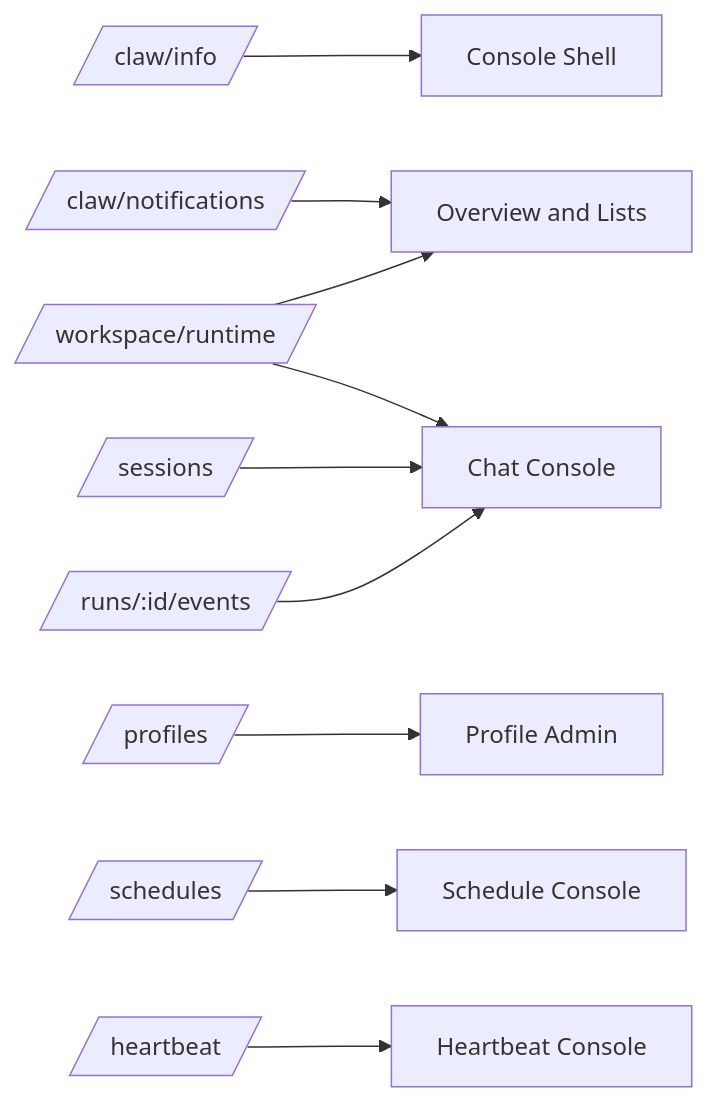
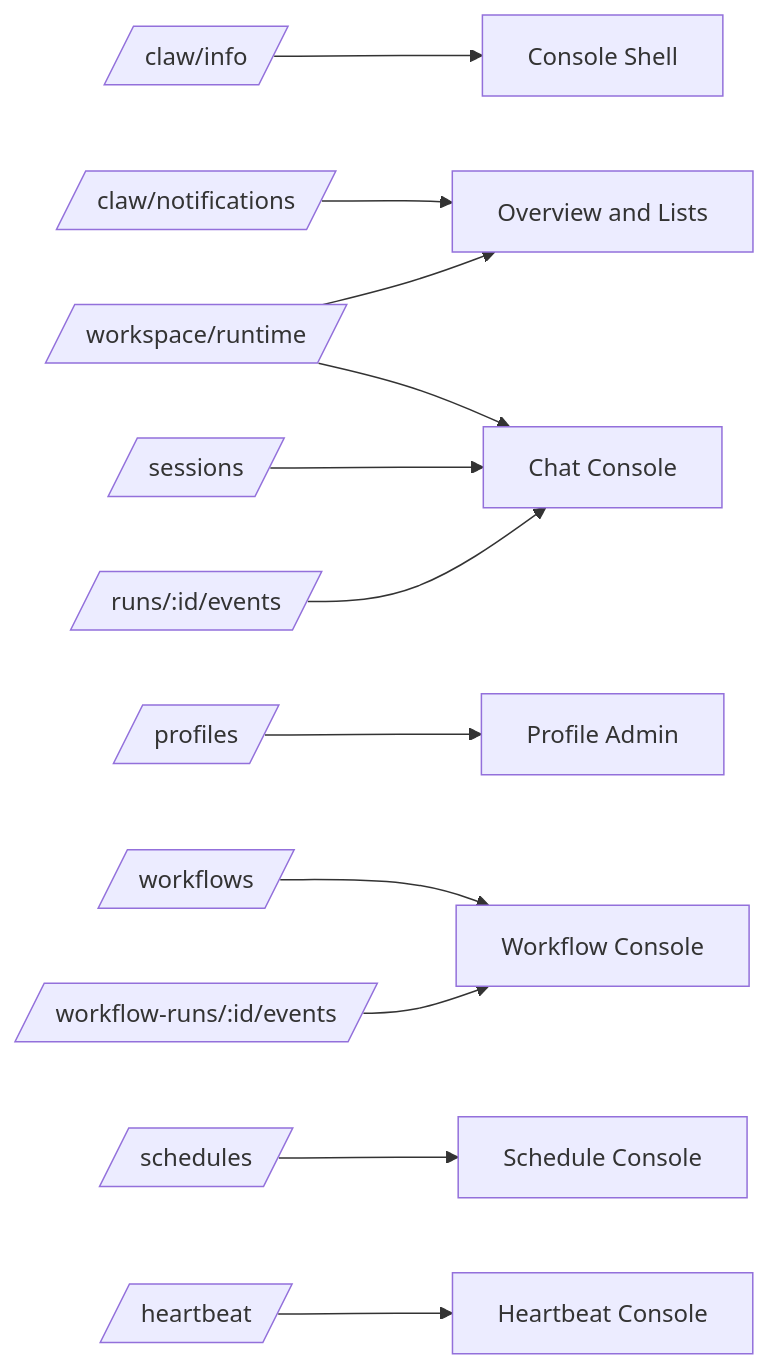
The second of 2 diagrams in packages/ya-claw/spec/05-web-ui-and-operations.md (Alexsu26/ya-mono), drawn with Mermaid before and after one commit. The commit also changed other lines of this file and 35 other files, not shown here.

````diff
--- a/packages/ya-claw/spec/05-web-ui-and-operations.md
+++ b/packages/ya-claw/spec/05-web-ui-and-operations.md
@@ -109,12 +118,14 @@
 ```mermaid
 flowchart LR
     INFO[/claw/info/] --> SHELL[Console Shell]
     NOTIFY[/claw/notifications/] --> OVERVIEW[Overview and Lists]
     WORKSPACE[/workspace/runtime/] --> OVERVIEW
     WORKSPACE --> CHAT
     SESSIONS[/sessions/] --> CHAT[Chat Console]
     RUN_EVENTS[/runs/:id/events/] --> CHAT
     PROFILES[/profiles/] --> ADMIN[Profile Admin]
+    WORKFLOWS[/workflows/] --> WF[Workflow Console]
+    WF_EVENTS[/workflow-runs/:id/events/] --> WF
     SCHEDULES[/schedules/] --> SCHED[Schedule Console]
     HEARTBEAT[/heartbeat/] --> HB[Heartbeat Console]
 ```
````
